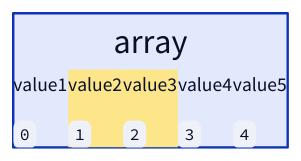
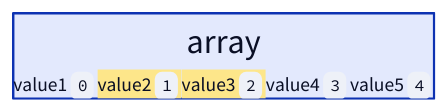
Before and after one commit to ani2fun/note-book: diagram 12 of 19 in src/computer-science/DSA/data-structures/1.arrays/01-introduction.md, drawn with D2. The commit also changed other lines of this file, not shown here.

````diff
--- a/src/computer-science/DSA/data-structures/1.arrays/01-introduction.md
+++ b/src/computer-science/DSA/data-structures/1.arrays/01-introduction.md
@@ -578,31 +562,21 @@
 ```d2
 arr: array {
   grid-columns: 5
   grid-gap: 0
   v1: |md
-    value1
-
-    `0`
+    value1 `0`
   |
   v2: |md
-    value2
-
-    `1`
+    value2 `1`
   | {style.fill: "#fde68a"; style.stroke: "#d97706"}
   v3: |md
-    value3
-
-    `2`
+    value3 `2`
   | {style.fill: "#fde68a"; style.stroke: "#d97706"}
   v4: |md
-    value4
-
-    `3`
+    value4 `3`
   |
   v5: |md
-    value5
-
-    `4`
+    value5 `4`
   |
 }
 ```
````
